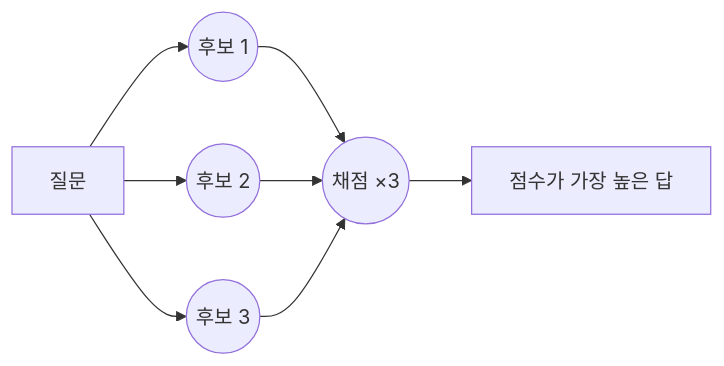
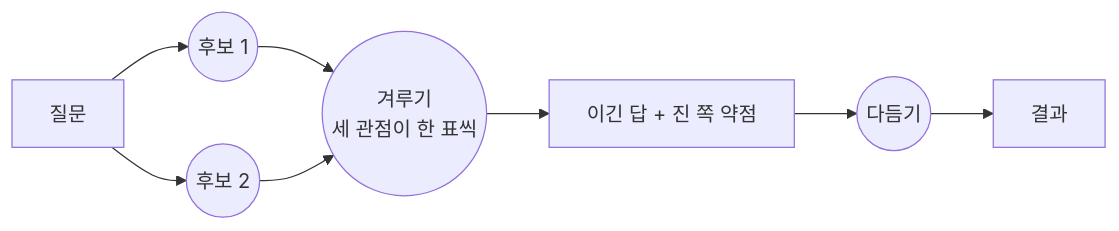
Before and after one commit to devjune/ai-study: diagram 22 of 22 in docs/phase2/Spring AI로 구현하는 에이전틱 패턴.md, drawn with Mermaid. The commit also changed other lines of this file and 8 other files, not shown here.

````diff
--- a/docs/phase2/Spring AI로 구현하는 에이전틱 패턴.md
+++ b/docs/phase2/Spring AI로 구현하는 에이전틱 패턴.md
@@ -911,10 +988,10 @@
 ```mermaid
 flowchart LR
-    Q[질문] --> M1((후보 1))
-    Q --> M2((후보 2))
-    Q --> M3((후보 3))
-    M1 --> E((채점 ×3))
-    M2 --> E
-    M3 --> E
-    E --> B[점수가 가장 높은 답]
+    Q[질문] --> C1((후보 1))
+    Q --> C2((후보 2))
+    C1 --> J((겨루기<br/>세 관점이 한 표씩))
+    C2 --> J
+    J --> W[이긴 답 + 진 쪽 약점]
+    W --> E((다듬기))
+    E --> R[결과]
 ```
````
